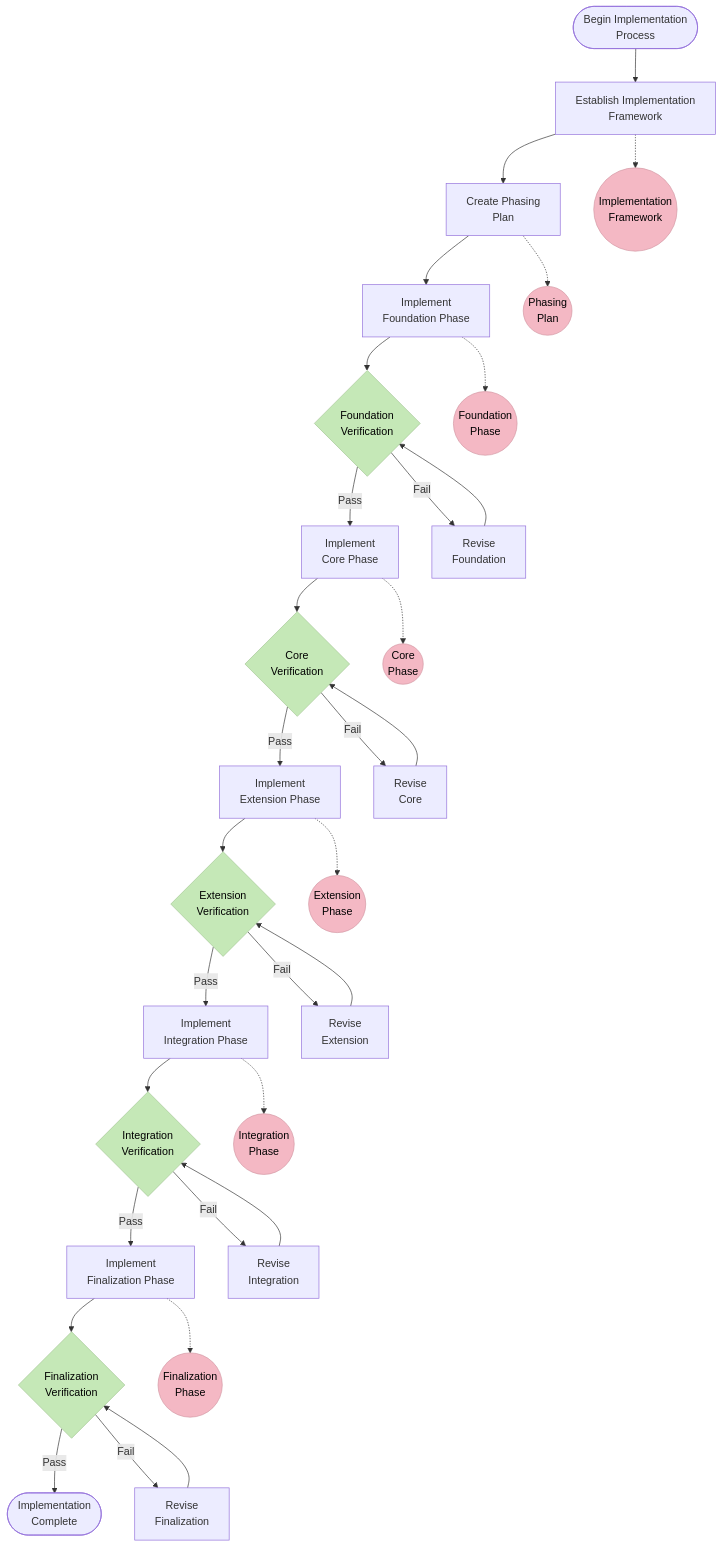
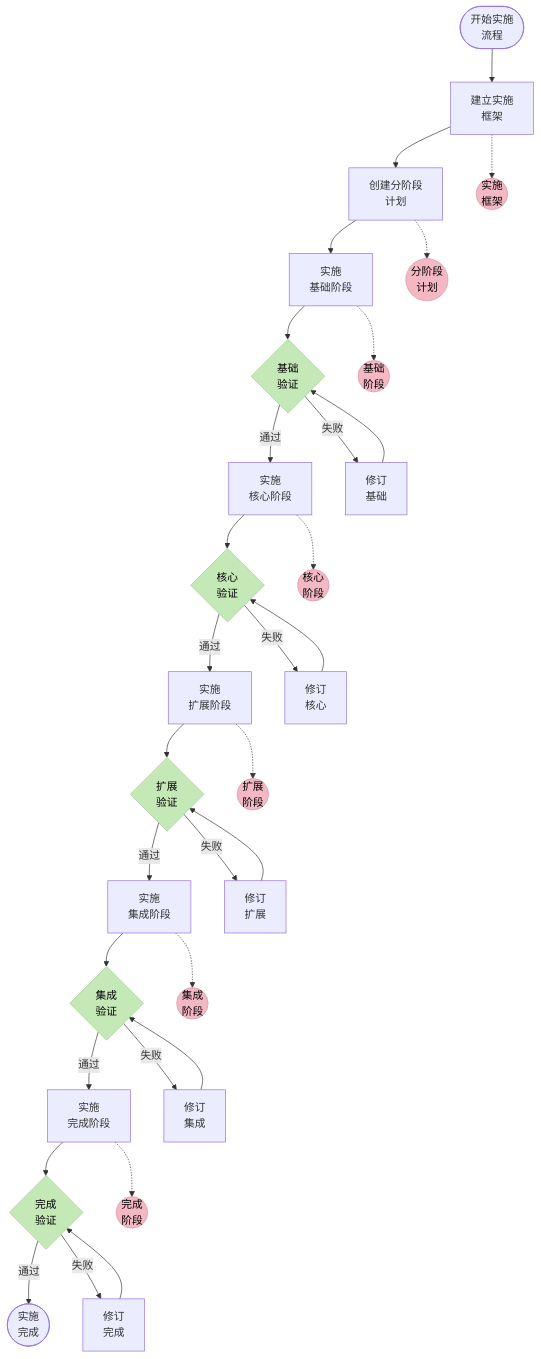
One commit to goodends/cursor-memory-bank-Chinese- changed the first of 6 diagrams in .cursor/rules/isolation_rules/Level4/phased-implementation.mdc. Above: the diagram before and after it, drawn with Mermaid. The commit also changed other lines of this file, not shown here.

````diff
--- a/.cursor/rules/isolation_rules/Level4/phased-implementation.mdc
+++ b/.cursor/rules/isolation_rules/Level4/phased-implementation.mdc
@@ -15,47 +15,47 @@
 ```mermaid
 flowchart TD
     classDef phase fill:#f9d77e,stroke:#d9b95c,color:#000
     classDef artifact fill:#f4b8c4,stroke:#d498a4,color:#000
     classDef verification fill:#c5e8b7,stroke:#a5c897,color:#000
     
-    Start([Begin Implementation<br>Process]) --> Framework[Establish Implementation<br>Framework]
-    Framework --> Plan[Create Phasing<br>Plan]
-    Plan --> Foundation[Implement<br>Foundation Phase]
-    Foundation --> VerifyF{Foundation<br>Verification}
-    VerifyF -->|Pass| Core[Implement<br>Core Phase]
-    VerifyF -->|Fail| ReviseF[Revise<br>Foundation]
+    Start([开始实施<br>流程]) --> Framework[建立实施<br>框架]
+    Framework --> Plan[创建分阶段<br>计划]
+    Plan --> Foundation[实施<br>基础阶段]
+    Foundation --> VerifyF{基础<br>验证}
+    VerifyF -->|通过| Core[实施<br>核心阶段]
+    VerifyF -->|失败| ReviseF[修订<br>基础]
     ReviseF --> VerifyF
     
-    Core --> VerifyC{Core<br>Verification}
-    VerifyC -->|Pass| Extension[Implement<br>Extension Phase]
-    VerifyC -->|Fail| ReviseC[Revise<br>Core]
+    Core --> VerifyC{核心<br>验证}
+    VerifyC -->|通过| Extension[实施<br>扩展阶段]
+    VerifyC -->|失败| ReviseC[修订<br>核心]
     ReviseC --> VerifyC
     
-    Extension --> VerifyE{Extension<br>Verification}
-    VerifyE -->|Pass| Integration[Implement<br>Integration Phase]
-    VerifyE -->|Fail| ReviseE[Revise<br>Extension]
+    Extension --> VerifyE{扩展<br>验证}
+    VerifyE -->|通过| Integration[实施<br>集成阶段]
+    VerifyE -->|失败| ReviseE[修订<br>扩展]
     ReviseE --> VerifyE
     
-    Integration --> VerifyI{Integration<br>Verification}
-    VerifyI -->|Pass| Finalization[Implement<br>Finalization Phase]
-    VerifyI -->|Fail| ReviseI[Revise<br>Integration]
+    Integration --> VerifyI{集成<br>验证}
+    VerifyI -->|通过| Finalization[实施<br>完成阶段]
+    VerifyI -->|失败| ReviseI[修订<br>集成]
     ReviseI --> VerifyI
     
-    Finalization --> VerifyFin{Finalization<br>Verification}
-    VerifyFin -->|Pass| Complete([Implementation<br>Complete])
-    VerifyFin -->|Fail| ReviseFin[Revise<br>Finalization]
+    Finalization --> VerifyFin{完成<br>验证}
+    VerifyFin -->|通过| Complete([实施<br>完成])
+    VerifyFin -->|失败| ReviseFin[修订<br>完成]
     ReviseFin --> VerifyFin
     
-    Framework -.-> IF((Implementation<br>Framework))
-    Plan -.-> PP((Phasing<br>Plan))
-    Foundation -.-> FP((Foundation<br>Phase))
-    Core -.-> CP((Core<br>Phase))
-    Extension -.-> EP((Extension<br>Phase))
-    Integration -.-> IP((Integration<br>Phase))
-    Finalization -.-> FiP((Finalization<br>Phase))
+    Framework -.-> IF((实施<br>框架))
+    Plan -.-> PP((分阶段<br>计划))
+    Foundation -.-> FP((基础<br>阶段))
+    Core -.-> CP((核心<br>阶段))
+    Extension -.-> EP((扩展<br>阶段))
+    Integration -.-> IP((集成<br>阶段))
+    Finalization -.-> FiP((完成<br>阶段))
     
     class Start,Complete milestone
     class Framework,Plan,Foundation,Core,Extension,Integration,Finalization,ReviseF,ReviseC,ReviseE,ReviseI,ReviseFin step
     class VerifyF,VerifyC,VerifyE,VerifyI,VerifyFin verification
     class IF,PP,FP,CP,EP,IP,FiP artifact
 ```
````
